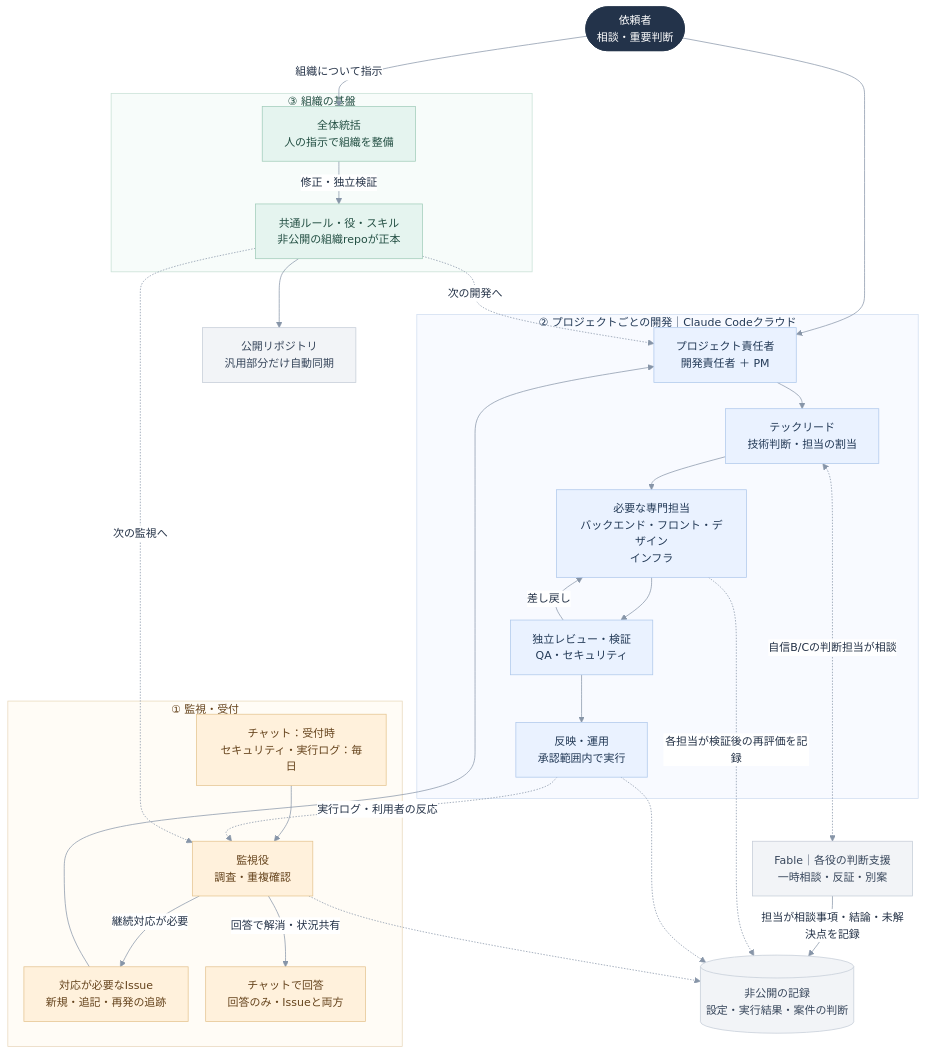
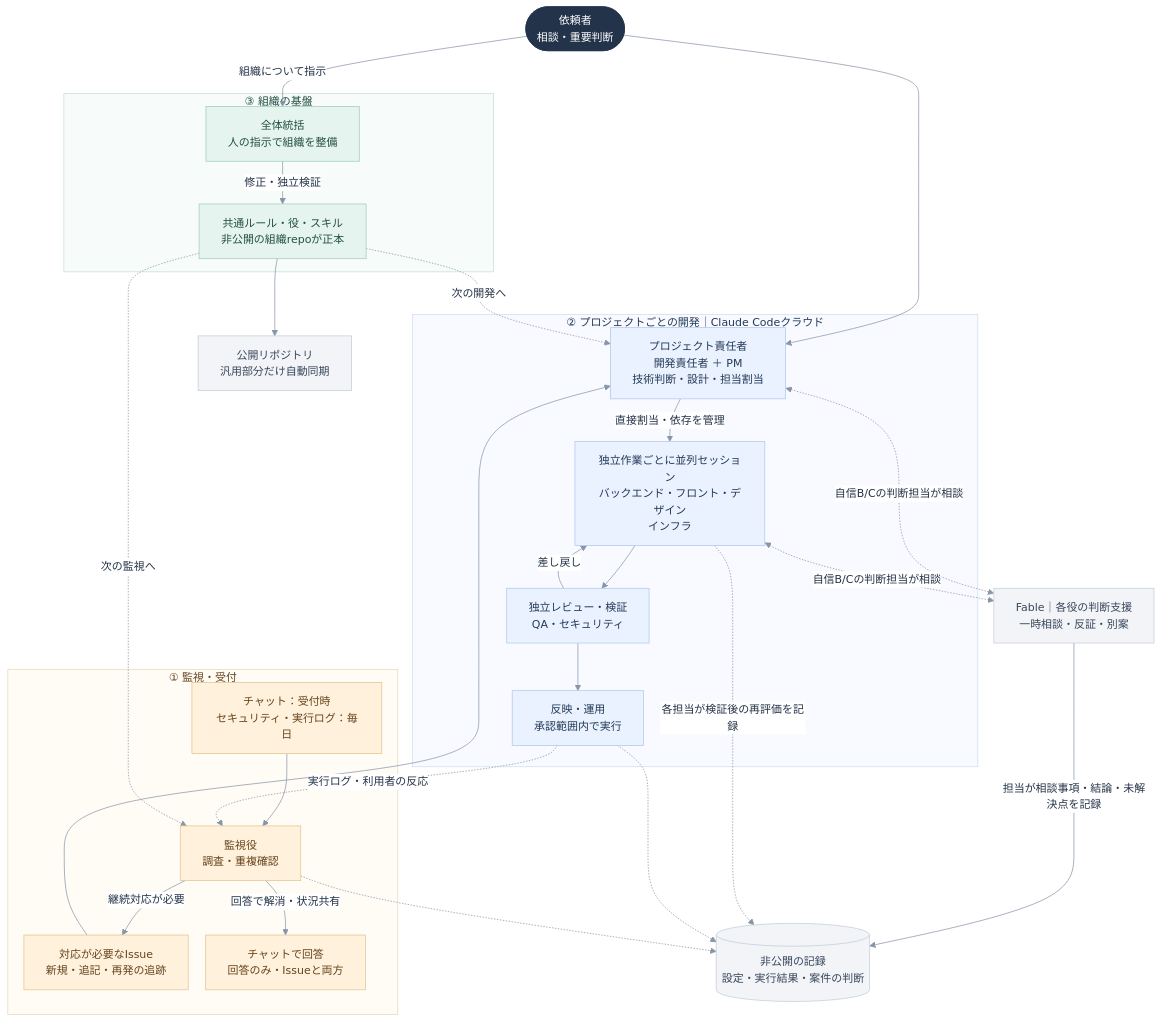
The diagram in 組織/組織図.md (yufyaj/engineer-org-public), drawn with Mermaid before and after one commit. The commit also changed other lines of this file and 14 other files, not shown here.

````diff
--- a/組織/組織図.md
+++ b/組織/組織図.md
@@ -3,61 +3,61 @@
 ```mermaid
 %%{init: {'theme': 'base', 'themeVariables': {'fontFamily': 'sans-serif', 'fontSize': '15px', 'primaryTextColor': '#243247', 'lineColor': '#8795a8', 'edgeLabelBackground': '#ffffff'}, 'flowchart': {'curve': 'basis', 'nodeSpacing': 24, 'rankSpacing': 36}}}%%
 flowchart TB
     USER(["依頼者<br/>相談・重要判断"])
 
     subgraph MONITOR["① 監視・受付"]
         INPUT["チャット：受付時<br/>セキュリティ・実行ログ：毎日"]
         WATCH["監視役<br/>調査・重複確認"]
         ISSUE["対応が必要なIssue<br/>新規・追記・再発の追跡"]
         REPLY["チャットで回答<br/>回答のみ・Issueと両方"]
         INPUT --> WATCH -->|継続対応が必要| ISSUE
         WATCH -->|回答で解消・状況共有| REPLY
     end
 
     subgraph PROJECT["② プロジェクトごとの開発｜Claude Codeクラウド"]
-        OWNER["プロジェクト責任者<br/>開発責任者 ＋ PM"]
-        TL["テックリード<br/>技術判断・担当の割当"]
-        TEAM["必要な専門担当<br/>バックエンド・フロント・デザイン<br/>インフラ"]
+        OWNER["プロジェクト責任者<br/>開発責任者 ＋ PM<br/>技術判断・設計・担当割当"]
+        TEAM["独立作業ごとに並列セッション<br/>バックエンド・フロント・デザイン<br/>インフラ"]
         REVIEW["独立レビュー・検証<br/>QA・セキュリティ"]
         RESULT["反映・運用<br/>承認範囲内で実行"]
-        OWNER --> TL --> TEAM --> REVIEW --> RESULT
+        OWNER -->|直接割当・依存を管理| TEAM --> REVIEW --> RESULT
         REVIEW -->|差し戻し| TEAM
     end
 
     subgraph ORG["③ 組織の基盤"]
         LEAD["全体統括<br/>人の指示で組織を整備"]
         RULES["共通ルール・役・スキル<br/>非公開の組織repoが正本"]
         LEAD -->|修正・独立検証| RULES
     end
 
     FABLE["Fable｜各役の判断支援<br/>一時相談・反証・別案"]
     RECORDS[("非公開の記録<br/>設定・実行結果・案件の判断")]
     PUBLIC["公開リポジトリ<br/>汎用部分だけ自動同期"]
 
     USER --> OWNER
     USER -->|組織について指示| LEAD
     ISSUE --> OWNER
     RESULT -.->|実行ログ・利用者の反応| WATCH
     RULES -.->|次の開発へ| OWNER
     RULES -.->|次の監視へ| WATCH
-    TL <-.->|自信B/Cの判断担当が相談| FABLE
+    OWNER <-.->|自信B/Cの判断担当が相談| FABLE
+    TEAM <-.->|自信B/Cの判断担当が相談| FABLE
     FABLE -->|担当が相談事項・結論・未解決点を記録| RECORDS
     TEAM -.->|各担当が検証後の再評価を記録| RECORDS
     RESULT -.-> RECORDS
     WATCH -.-> RECORDS
     RULES --> PUBLIC
 
     classDef person fill:#23334a,color:#ffffff,stroke:#23334a;
     classDef development fill:#eaf2ff,color:#223956,stroke:#aec7eb;
     classDef monitoring fill:#fff1dc,color:#65431c,stroke:#e4c38e;
     classDef improvement fill:#e5f4ef,color:#234f43,stroke:#a0cbb9;
     classDef neutral fill:#f2f4f7,color:#37465b,stroke:#c4ccd7;
     class USER person;
-    class OWNER,TL,TEAM,REVIEW,RESULT development;
+    class OWNER,TEAM,REVIEW,RESULT development;
     class INPUT,WATCH,ISSUE,REPLY monitoring;
     class LEAD,RULES improvement;
     class FABLE,RECORDS,PUBLIC neutral;
     style MONITOR fill:#fffcf6,stroke:#e8d7bb,color:#65431c
     style PROJECT fill:#f8faff,stroke:#cfddf0,color:#223956
     style ORG fill:#f7fcfa,stroke:#c7e0d5,color:#234f43
 ```
````
